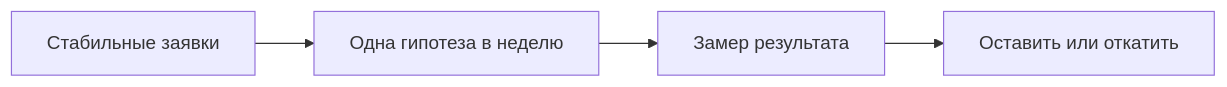
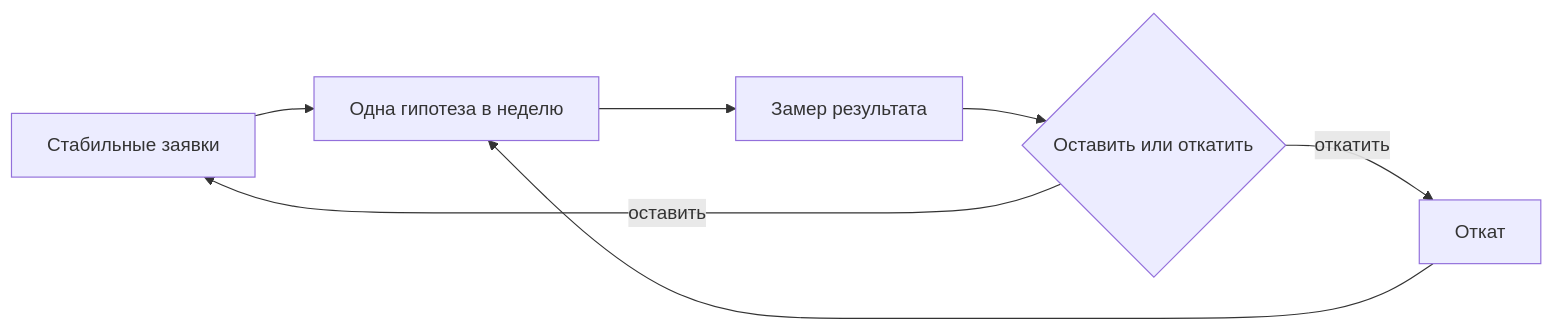
The diagram in src/shared/assets/diagrams/landing-pages.hypothesis-loop.ru.mmd (Vectorfield4/login-ai), drawn with Mermaid before and after one commit. The commit also changed 602 other files, not shown here.

Commit message:
diagrams: rework all 100 schemas (state/sequence/er + subgraph)

```diff
--- a/src/shared/assets/diagrams/landing-pages.hypothesis-loop.ru.mmd
+++ b/src/shared/assets/diagrams/landing-pages.hypothesis-loop.ru.mmd
@@ -1,4 +1,7 @@
 flowchart LR
   a["Стабильные заявки"] --> b["Одна гипотеза в неделю"]
   b --> c["Замер результата"]
-  c --> d["Оставить или откатить"]
+  c --> d{"Оставить или откатить"}
+  d -->|оставить| a
+  d -->|откатить| e["Откат"]
+  e --> b
```
